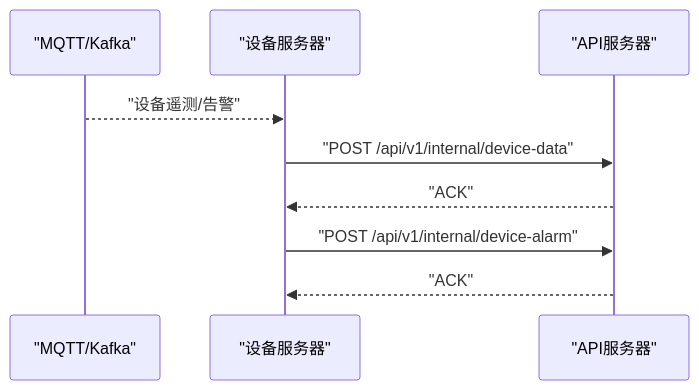
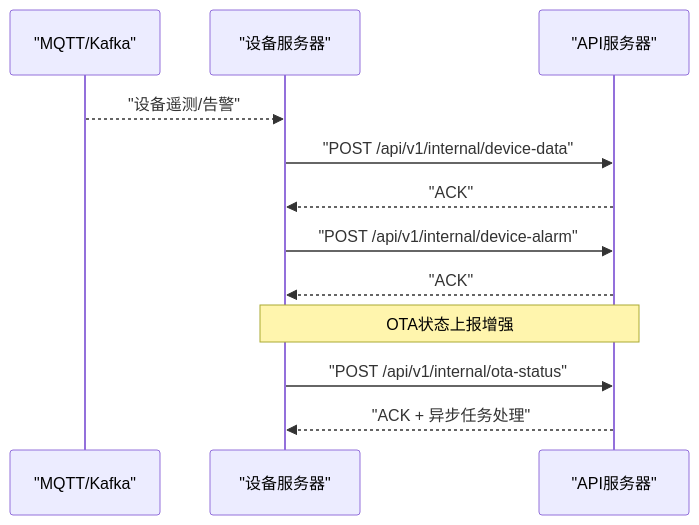
One commit to mcmrzy/cs_inv_monitor-develop changed the fifth of 6 diagrams in .qoder/repowiki/zh/content/API参考文档/内部服务API.md. Above: the diagram before and after it, drawn with Mermaid. The commit also changed other lines of this file and 28 other files, not shown here.

````diff
--- a/.qoder/repowiki/zh/content/API参考文档/内部服务API.md
+++ b/.qoder/repowiki/zh/content/API参考文档/内部服务API.md
@@ -212,11 +240,14 @@
 ```mermaid
 sequenceDiagram
 participant MQ as "MQTT/Kafka"
 participant DEV as "设备服务器"
 participant API as "API服务器"
 MQ-->>DEV : "设备遥测/告警"
 DEV->>API : "POST /api/v1/internal/device-data"
 API-->>DEV : "ACK"
 DEV->>API : "POST /api/v1/internal/device-alarm"
 API-->>DEV : "ACK"
+Note over DEV,API : OTA状态上报增强
+DEV->>API : "POST /api/v1/internal/ota-status"
+API-->>DEV : "ACK + 异步任务处理"
 ```
````
